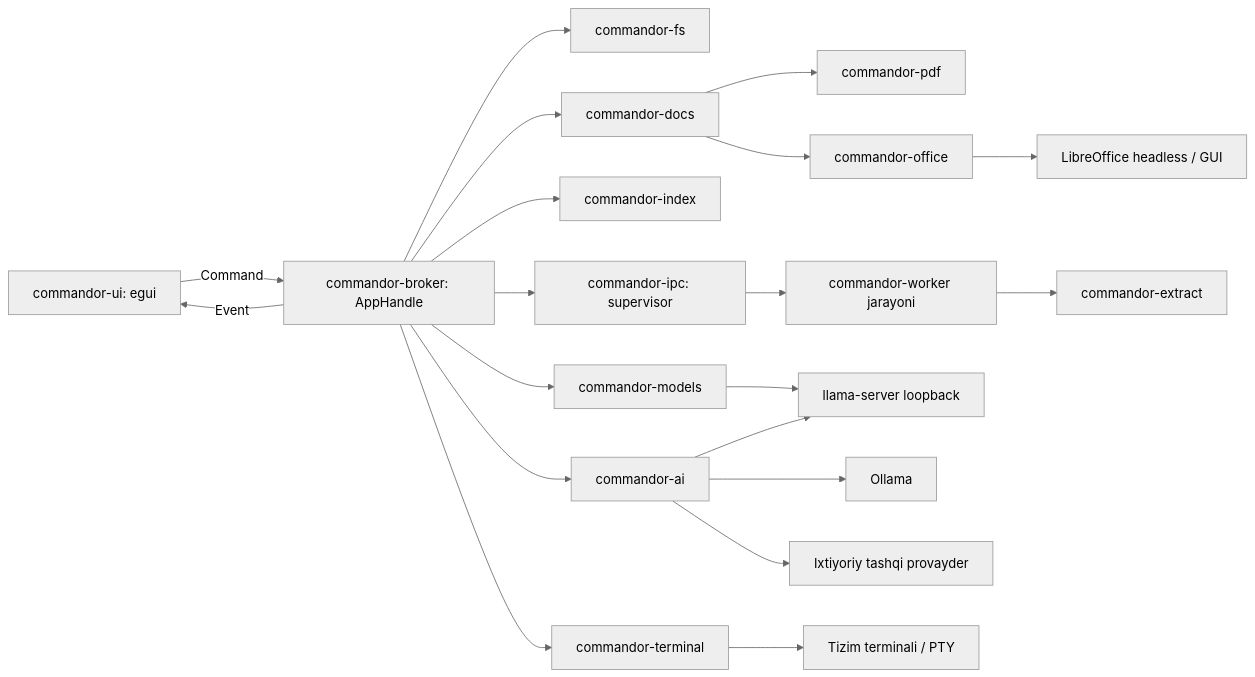
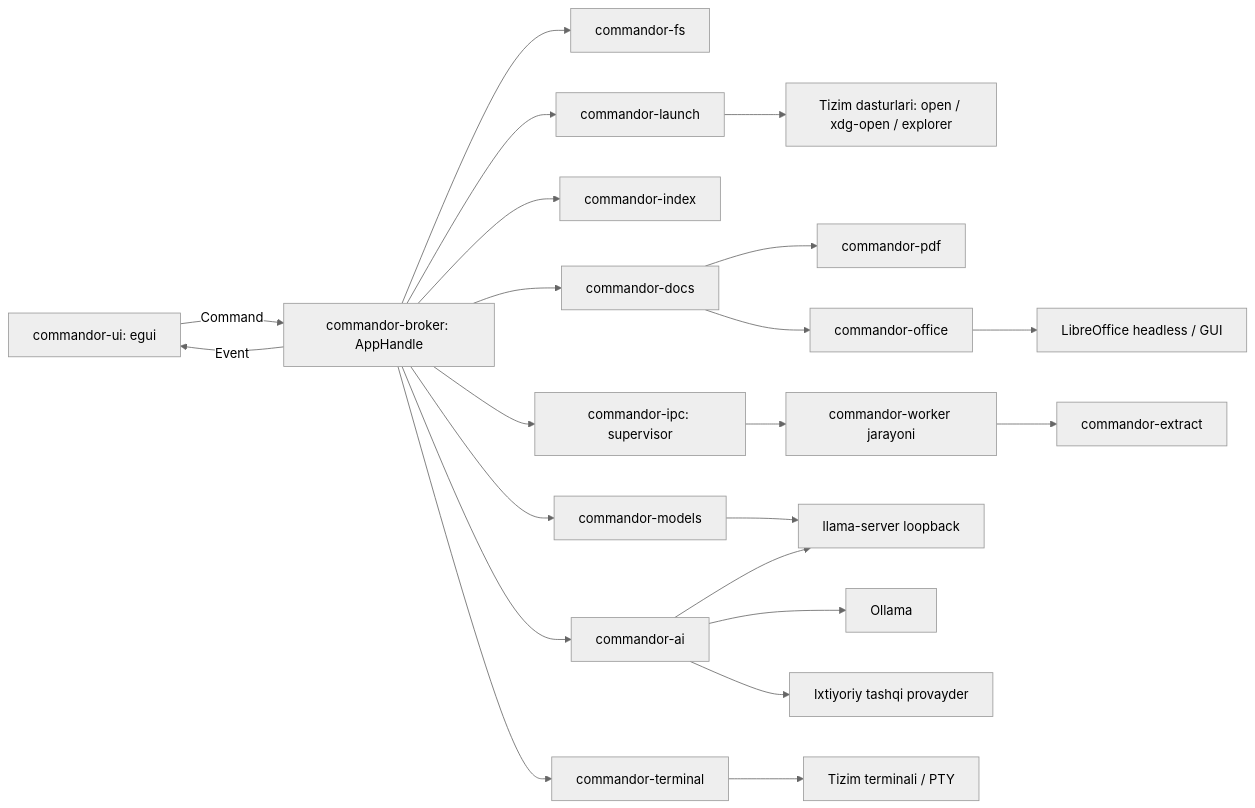
The first of 3 diagrams in docs/ARCHITECTURE.uz.md (xamrayev/commandor), drawn with Mermaid (neutral theme) before and after one commit. The commit also changed other lines of this file and 43 other files, not shown here.

````diff
--- a/docs/ARCHITECTURE.uz.md
+++ b/docs/ARCHITECTURE.uz.md
@@ -64,22 +64,24 @@
 ```mermaid
 flowchart LR
   UI[commandor-ui: egui] -->|Command| BR[commandor-broker: AppHandle]
   BR -->|Event| UI
   BR --> FS[commandor-fs]
   BR --> DOC[commandor-docs]
   BR --> IDX[commandor-index]
   BR --> AI[commandor-ai]
   BR --> MOD[commandor-models]
+  BR --> LAUNCH[commandor-launch]
+  LAUNCH --> OSAPP[Tizim dasturlari: open / xdg-open / explorer]
   BR --> TERM[commandor-terminal]
   DOC --> PDF[commandor-pdf]
   DOC --> OFF[commandor-office]
   BR --> SUP[commandor-ipc: supervisor]
   SUP --> WK[commandor-worker jarayoni]
   WK --> EXT[commandor-extract]
   OFF --> SOFFICE[LibreOffice headless / GUI]
   MOD --> LLAMA[llama-server loopback]
   AI --> OLLAMA[Ollama]
   AI --> LLAMA
   AI --> CLOUD[Ixtiyoriy tashqi provayder]
   TERM --> SYS[Tizim terminali / PTY]
 ```
````
